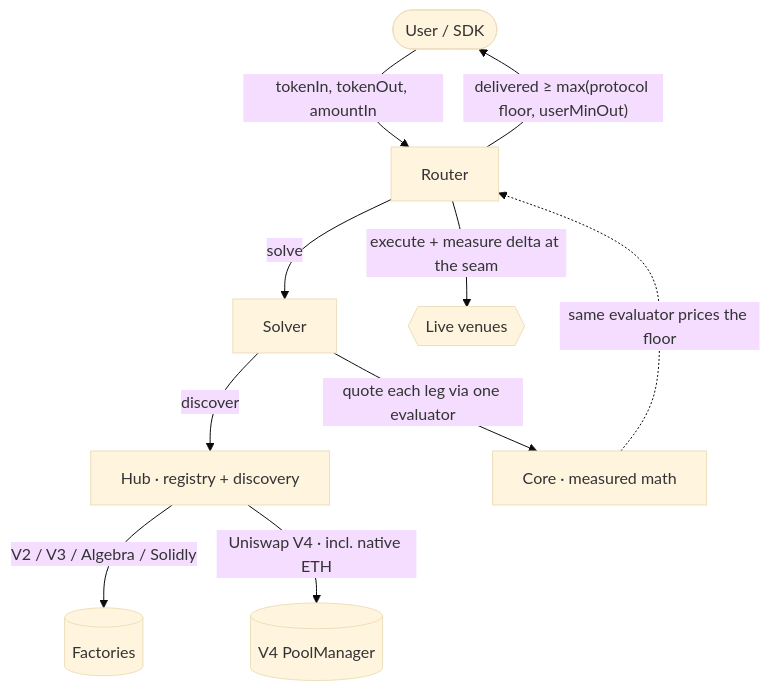
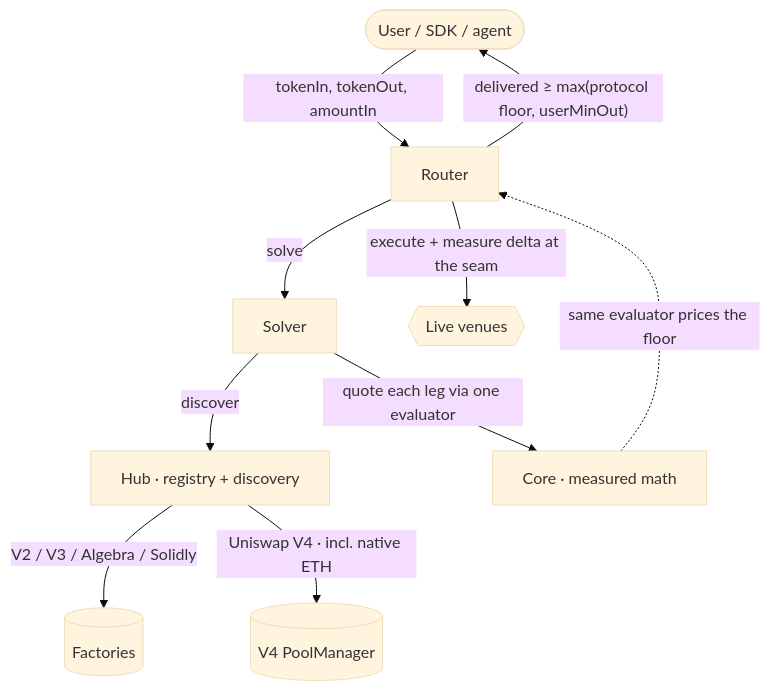
One commit to blazephoenixxyz-crypto/Blaze-Phoenix-Dex changed the diagram in README.md. Above: the diagram before and after it, drawn with Mermaid (base theme). The commit also changed other lines of this file and 9 other files, not shown here.

````diff
--- a/README.md
+++ b/README.md
@@ -171,12 +107,12 @@
 ```mermaid
 flowchart TD
-    U([User / SDK]) -->|tokenIn, tokenOut, amountIn| R[Router]
+    U([User / SDK / agent]) -->|tokenIn, tokenOut, amountIn| R[Router]
     R -->|solve| S[Solver]
     S -->|discover| H[Hub · registry + discovery]
     H -->|"V2 / V3 / Algebra / Solidly"| F[(Factories)]
     H -->|"Uniswap V4 · incl. native ETH"| PM[(V4 PoolManager)]
     S -->|"quote each leg via one evaluator"| C[Core · measured math]
     R -->|"execute + measure delta at the seam"| V{{Live venues}}
     C -.->|"same evaluator prices the floor"| R
     R -->|"delivered ≥ max(protocol floor, userMinOut)"| U
 ```
````
